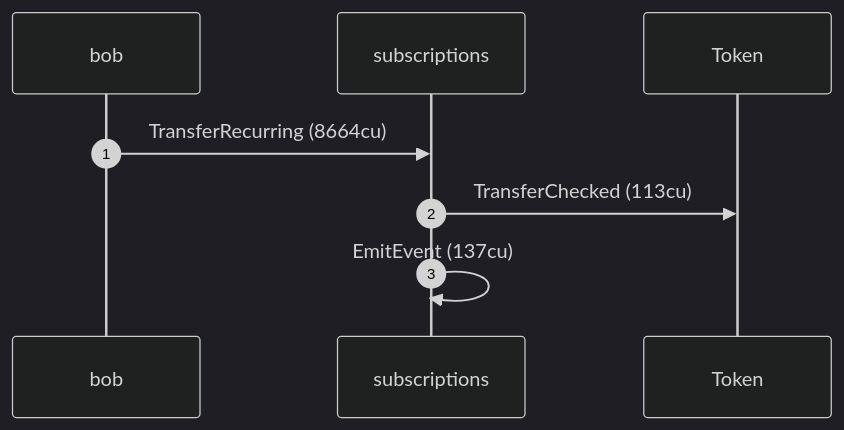
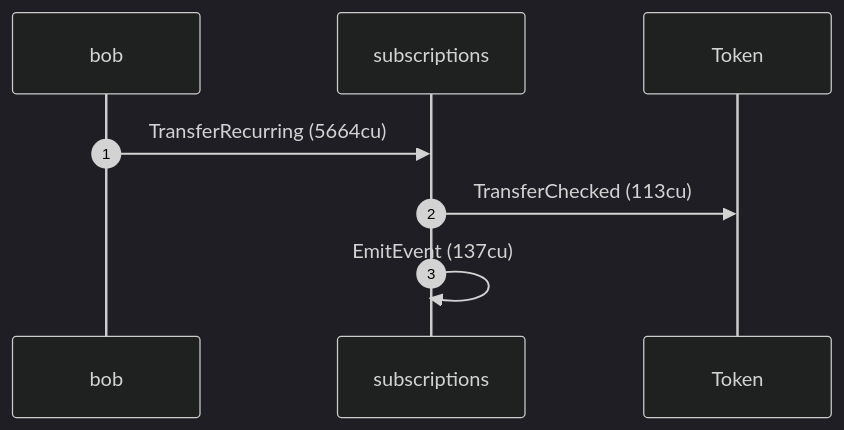
The ninth of 12 diagrams in dsl_tests/recurring-rollover-blocked-at-the-expiry-boundary.md (cds-rs/subscriptions), drawn with Mermaid (dark theme) before and after one commit. The commit also changed other lines of this file and 224 other files, not shown here.

````diff
--- a/dsl_tests/recurring-rollover-blocked-at-the-expiry-boundary.md
+++ b/dsl_tests/recurring-rollover-blocked-at-the-expiry-boundary.md
@@ -185,10 +194,10 @@
 ```mermaid
 sequenceDiagram
     autonumber
     participant bob
     participant subscriptions
     participant Token
-    bob ->> subscriptions: TransferRecurring (8664cu)
+    bob ->> subscriptions: TransferRecurring (5664cu)
     subscriptions ->> Token: TransferChecked (113cu)
     subscriptions ->> subscriptions: EmitEvent (137cu)
 ```
````
